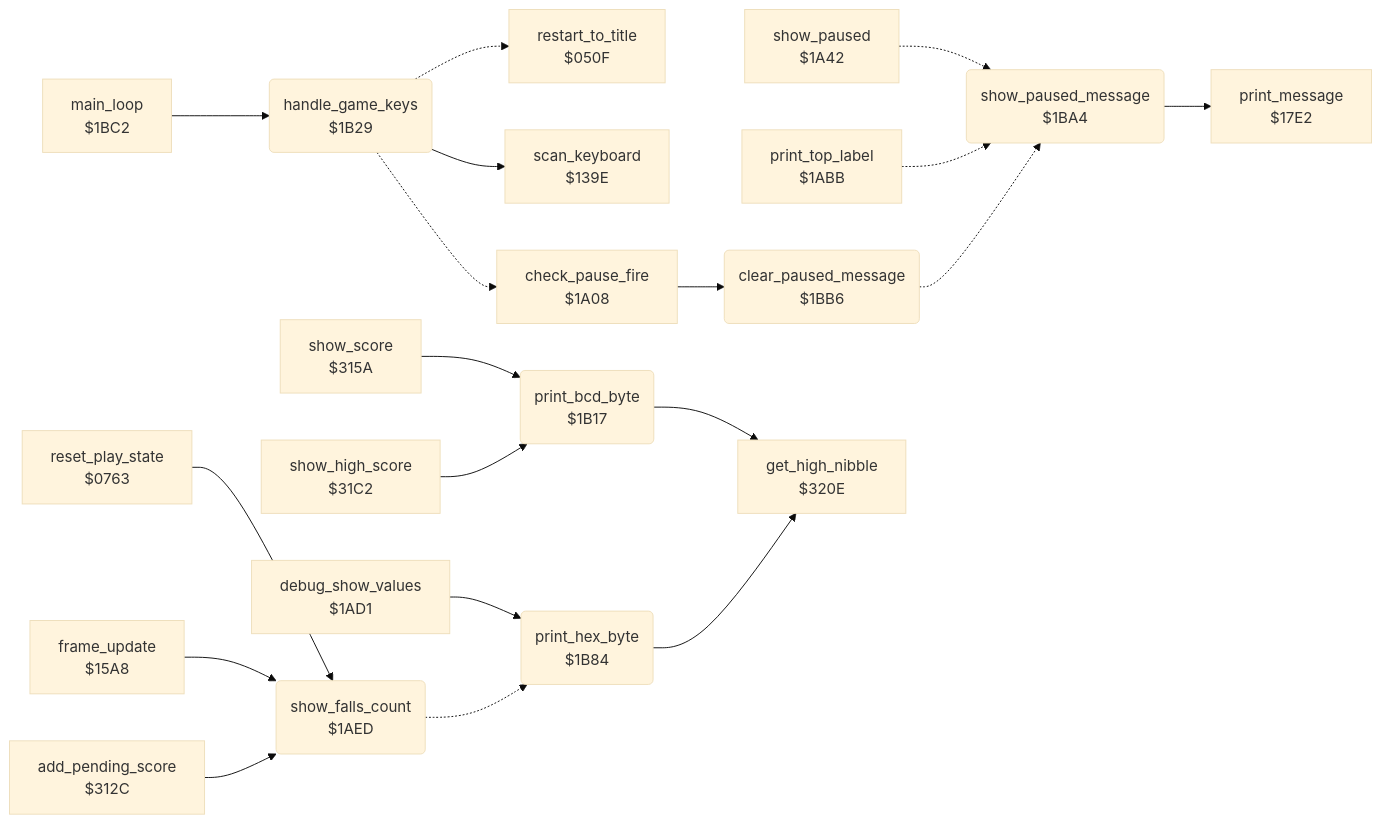
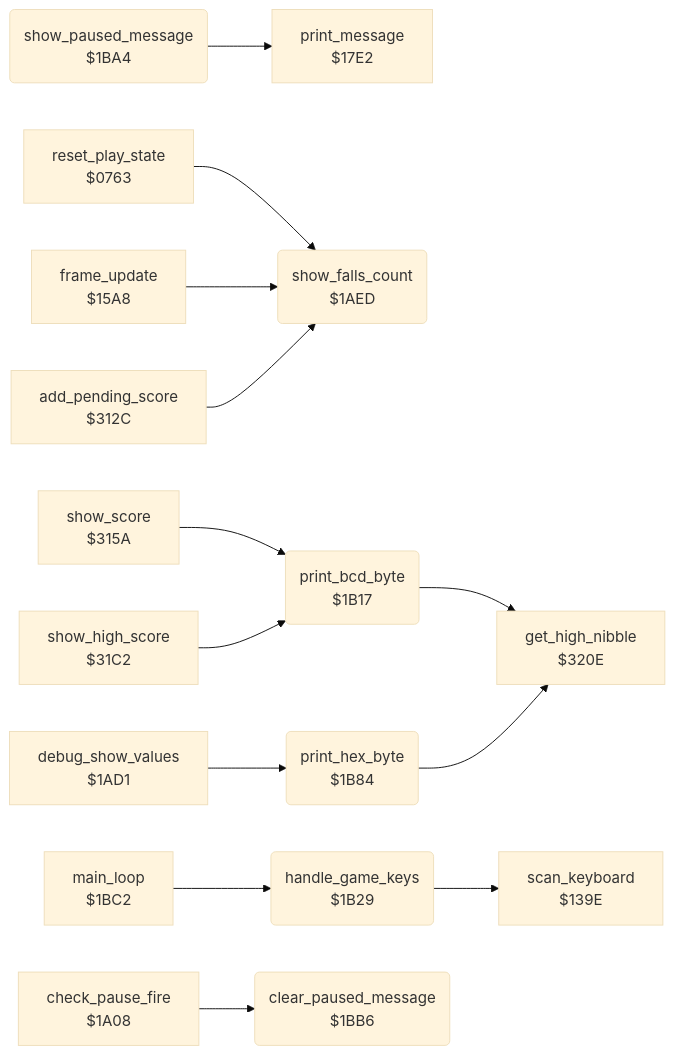
One commit to henols/c64_games changed the diagram in bruce_lee/docs/reference/modules/game/status_and_keys.md. Above: the diagram before and after it, drawn with Mermaid (base theme). The commit also changed other lines of this file and 236 other files, not shown here.

````diff
--- a/bruce_lee/docs/reference/modules/game/status_and_keys.md
+++ b/bruce_lee/docs/reference/modules/game/status_and_keys.md
@@ -10,41 +22,32 @@
 ```mermaid
 flowchart LR
-  n050f["restart_to_title<br/>$050F"]
   n0763["reset_play_state<br/>$0763"]
   n139e["scan_keyboard<br/>$139E"]
   n15a8["frame_update<br/>$15A8"]
   n17e2["print_message<br/>$17E2"]
   n1a08["check_pause_fire<br/>$1A08"]
-  n1a42["show_paused<br/>$1A42"]
-  n1abb["print_top_label<br/>$1ABB"]
   n1ad1["debug_show_values<br/>$1AD1"]
   n1aed("show_falls_count<br/>$1AED")
   n1b17("print_bcd_byte<br/>$1B17")
   n1b29("handle_game_keys<br/>$1B29")
   n1b84("print_hex_byte<br/>$1B84")
   n1ba4("show_paused_message<br/>$1BA4")
   n1bb6("clear_paused_message<br/>$1BB6")
   n1bc2["main_loop<br/>$1BC2"]
   n312c["add_pending_score<br/>$312C"]
   n315a["show_score<br/>$315A"]
   n31c2["show_high_score<br/>$31C2"]
   n320e["get_high_nibble<br/>$320E"]
   n0763 --> n1aed
   n15a8 --> n1aed
   n1a08 --> n1bb6
-  n1a42 -.-> n1ba4
-  n1abb -.-> n1ba4
   n1ad1 --> n1b84
-  n1aed -.-> n1b84
   n1b17 --> n320e
-  n1b29 -.-> n050f
   n1b29 --> n139e
-  n1b29 -.-> n1a08
   n1b84 --> n320e
   n1ba4 --> n17e2
-  n1bb6 -.-> n1ba4
   n1bc2 --> n1b29
   n312c --> n1aed
   n315a --> n1b17
   n31c2 --> n1b17
 ```
````
